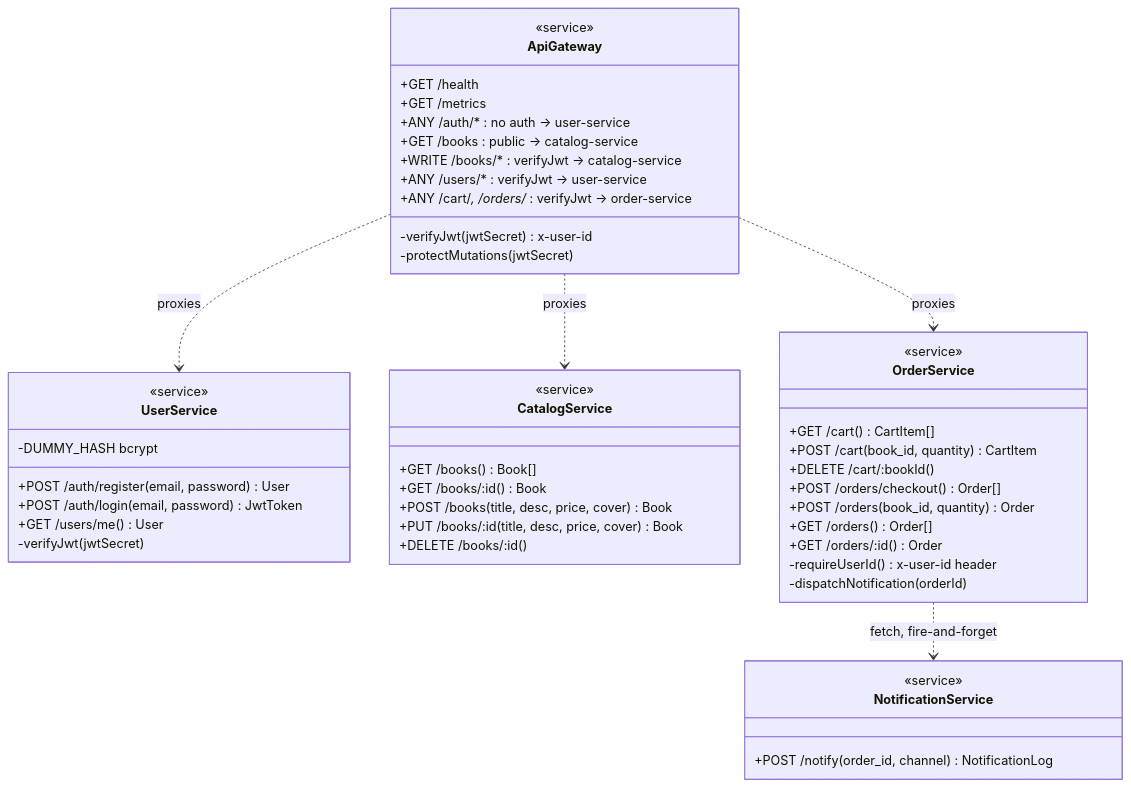
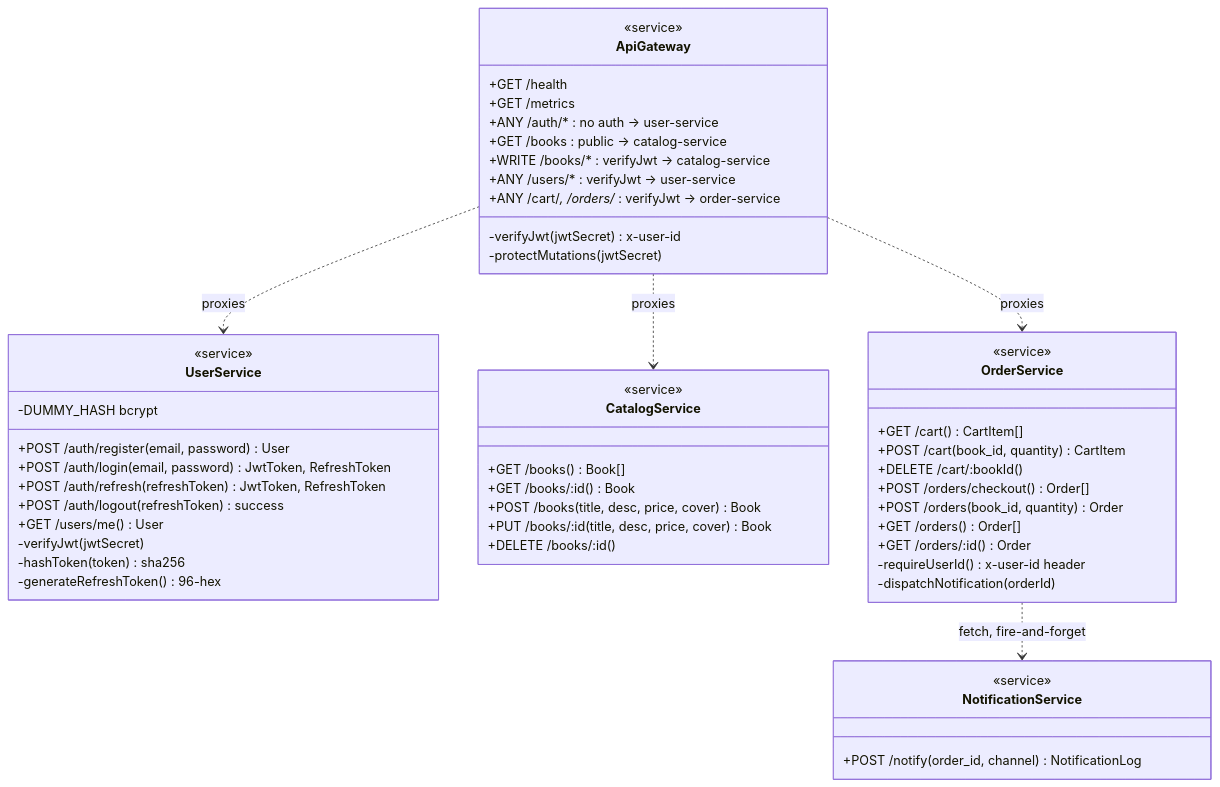
Before and after one commit to KANDUKURIsaikrishna/aws_three_tier_code: the second of 9 diagrams in docs/UML.md, drawn with Mermaid. The commit also changed other lines of this file and 35 other files, not shown here.

````diff
--- a/docs/UML.md
+++ b/docs/UML.md
@@ -42,51 +42,55 @@
 ```mermaid
 classDiagram
   class ApiGateway {
     <<service>>
     +GET /health
     +GET /metrics
     +ANY /auth/* : no auth → user-service
     +GET /books : public → catalog-service
     +WRITE /books/* : verifyJwt → catalog-service
     +ANY /users/* : verifyJwt → user-service
     +ANY /cart/*, /orders/* : verifyJwt → order-service
     -verifyJwt(jwtSecret) x-user-id
     -protectMutations(jwtSecret)
   }
   class UserService {
     <<service>>
     +POST /auth/register(email, password) User
-    +POST /auth/login(email, password) JwtToken
+    +POST /auth/login(email, password) JwtToken, RefreshToken
+    +POST /auth/refresh(refreshToken) JwtToken, RefreshToken
+    +POST /auth/logout(refreshToken) success
     +GET /users/me() User
     -verifyJwt(jwtSecret)
     -DUMMY_HASH bcrypt
+    -hashToken(token) sha256
+    -generateRefreshToken() 96-hex
   }
   class CatalogService {
     <<service>>
     +GET /books() Book[]
     +GET /books/:id() Book
     +POST /books(title, desc, price, cover) Book
     +PUT /books/:id(title, desc, price, cover) Book
     +DELETE /books/:id()
   }
   class OrderService {
     <<service>>
     +GET /cart() CartItem[]
     +POST /cart(book_id, quantity) CartItem
     +DELETE /cart/:bookId()
     +POST /orders/checkout() Order[]
     +POST /orders(book_id, quantity) Order
     +GET /orders() Order[]
     +GET /orders/:id() Order
     -requireUserId() x-user-id header
     -dispatchNotification(orderId)
   }
   class NotificationService {
     <<service>>
     +POST /notify(order_id, channel) NotificationLog
   }
   ApiGateway ..> UserService : proxies
   ApiGateway ..> CatalogService : proxies
   ApiGateway ..> OrderService : proxies
   OrderService ..> NotificationService : fetch, fire-and-forget
 ```
````
